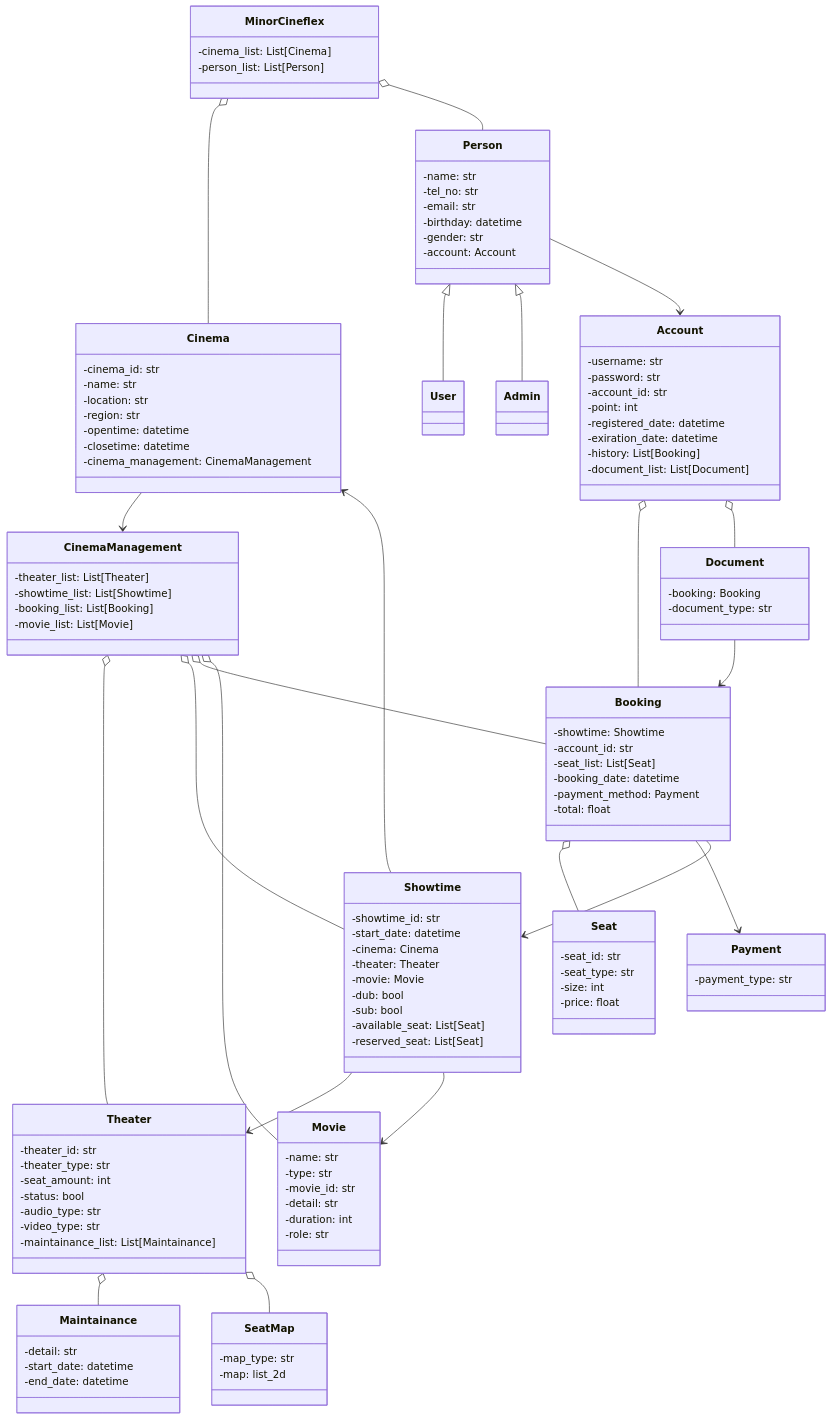
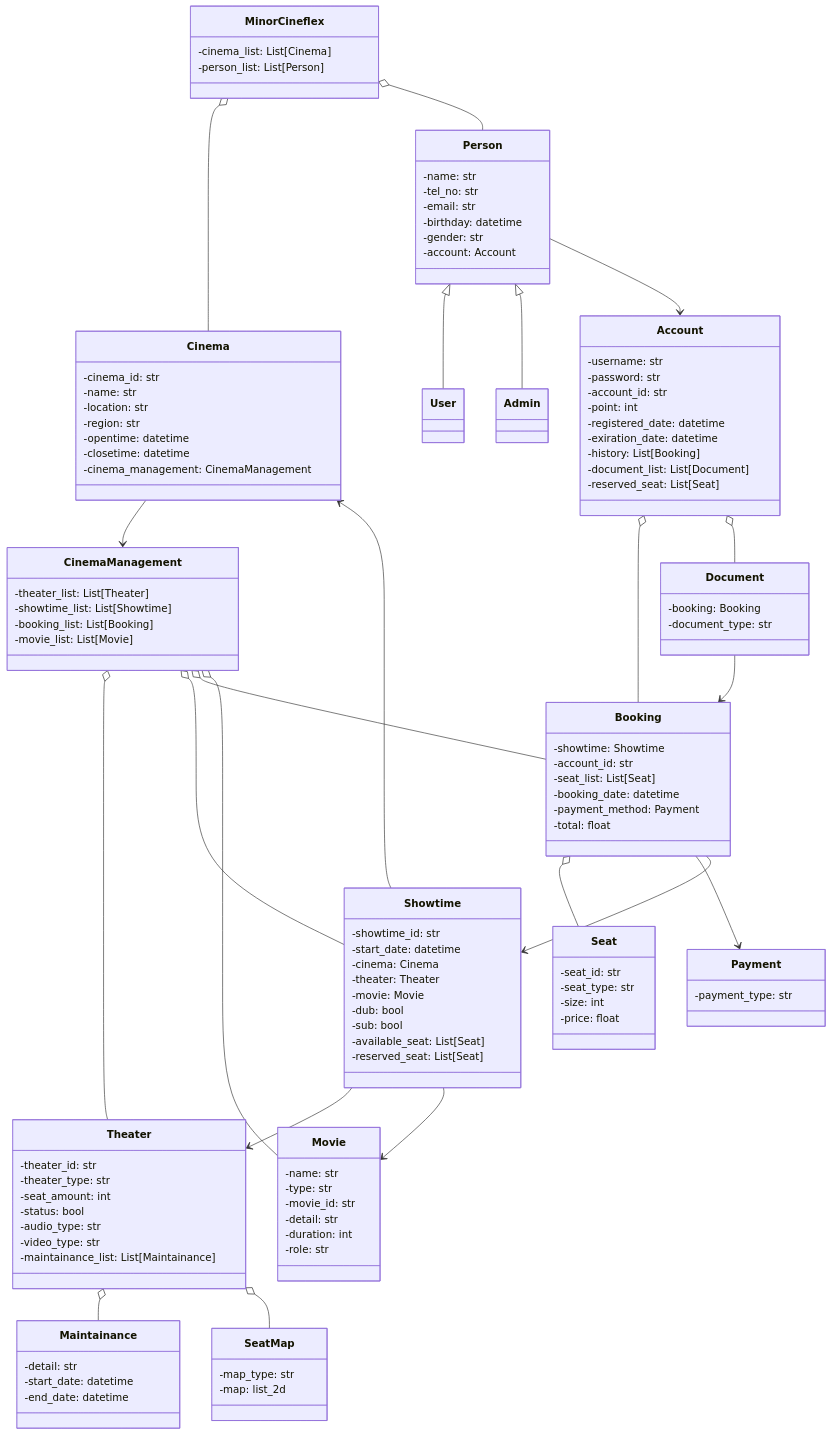
One commit to Minor-Cineflex/Minor-Cineflex-Back-End changed the diagram in MinorCineflex.mmd. Above: the diagram before and after it, drawn with Mermaid.

Commit message:
update/acc-attribute

```diff
--- a/MinorCineflex.mmd
+++ b/MinorCineflex.mmd
@@ -1,137 +1,138 @@
 classDiagram
 
 MinorCineflex o-- Cinema
 MinorCineflex o-- Person
 class MinorCineflex{
         -cinema_list: List[Cinema]
         -person_list: List[Person]
     }
 
 Cinema --> CinemaManagement
 class Cinema {
         -cinema_id: str
         -name: str
         -location: str
         -region: str
         -opentime: datetime
         -closetime: datetime
         -cinema_management: CinemaManagement
     }
 
 CinemaManagement o-- Theater
 CinemaManagement o-- Showtime
 CinemaManagement o-- Booking
 CinemaManagement o-- Movie
 class CinemaManagement{
         -theater_list: List[Theater]
         -showtime_list: List[Showtime]
         -booking_list: List[Booking]
         -movie_list: List[Movie]
     }
 
 Person <|-- User
 Person <|-- Admin
 Person --> Account
 class Person {
         -name: str
         -tel_no: str
         -email: str
         -birthday: datetime
         -gender: str
         -account: Account
     }
 class User {
 
     }
 class Admin {
 
     }
 
 Account o-- Booking
 Account o-- Document
 class Account {
         -username: str
         -password: str
         -account_id: str
         -point: int
         -registered_date: datetime
         -exiration_date: datetime
         -history: List[Booking]
         -document_list: List[Document]
+        -reserved_seat: List[Seat]
     }   
 
 class Movie {
         -name: str
         -type: str
         -movie_id: str
         -detail: str
         -duration: int
         -role: str
     }
 
 Theater o-- Maintainance
 Theater o-- SeatMap
 class Theater {
         -theater_id: str
         -theater_type: str
         -seat_amount: int
         -status: bool
         -audio_type: str
         -video_type: str
         -maintainance_list: List[Maintainance]
     }
 
 Showtime --> Cinema
 Showtime --> Theater
 Showtime --> Movie
 class Showtime {
         -showtime_id: str
         -start_date: datetime
         -cinema: Cinema
         -theater: Theater
         -movie: Movie
         -dub: bool
         -sub: bool
         -available_seat: List[Seat]
         -reserved_seat: List[Seat]
     }
 
 class Payment {
         -payment_type: str
     }
 
 class SeatMap {
         -map_type: str
         -map: list_2d
     }
 
 class Seat {
         -seat_id: str
         -seat_type: str
         -size: int
         -price: float
     }
 
 class Maintainance {
         -detail: str
         -start_date: datetime
         -end_date: datetime
     }
 
 Booking o-- Seat
 Booking --> Payment
 Booking --> Showtime
 class Booking {
         -showtime: Showtime
         -account_id: str
         -seat_list: List[Seat]
         -booking_date: datetime
         -payment_method: Payment
         -total: float
     } 
 
 Document --> Booking
 class Document {
         -booking: Booking
         -document_type: str
     }
```
